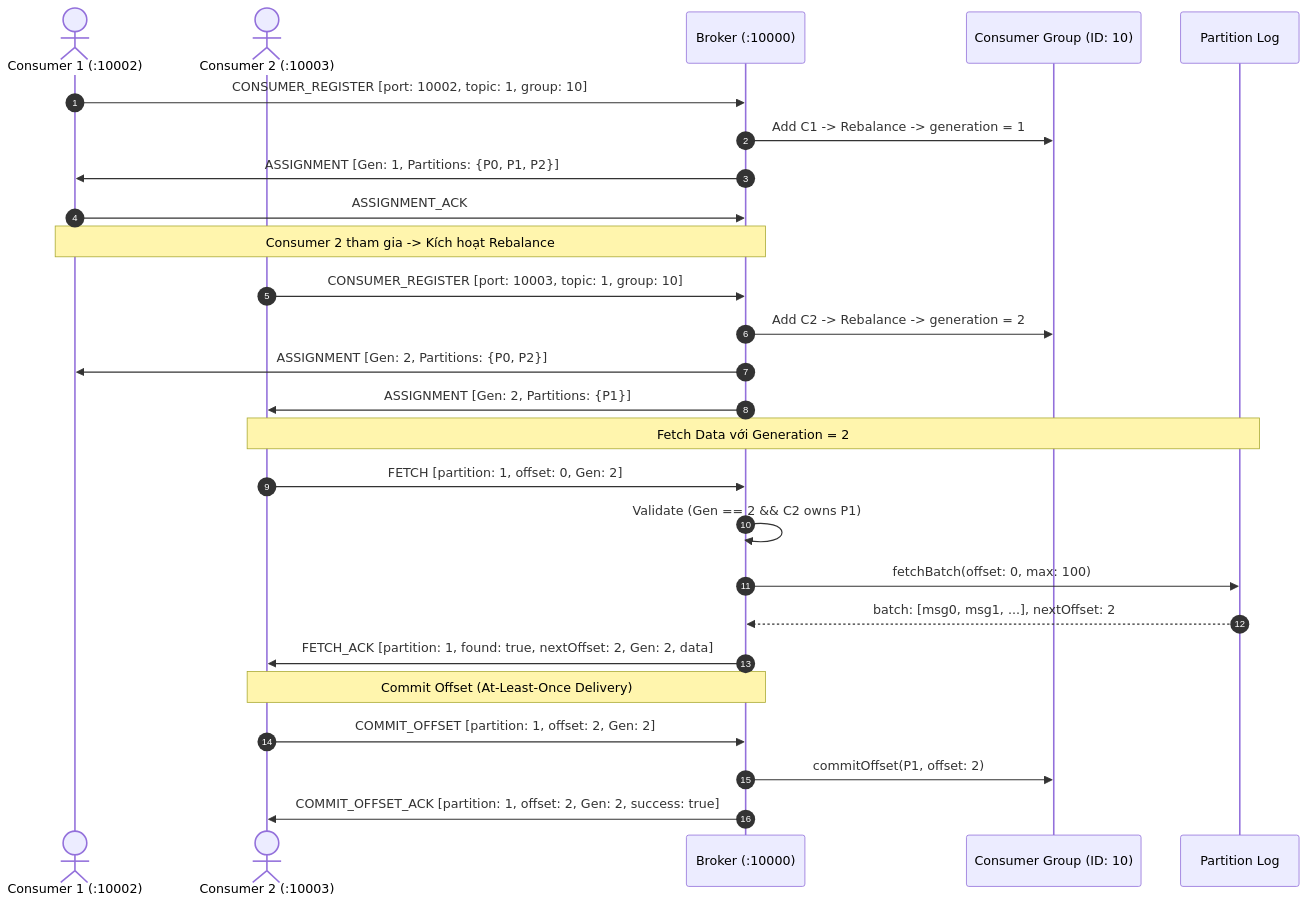
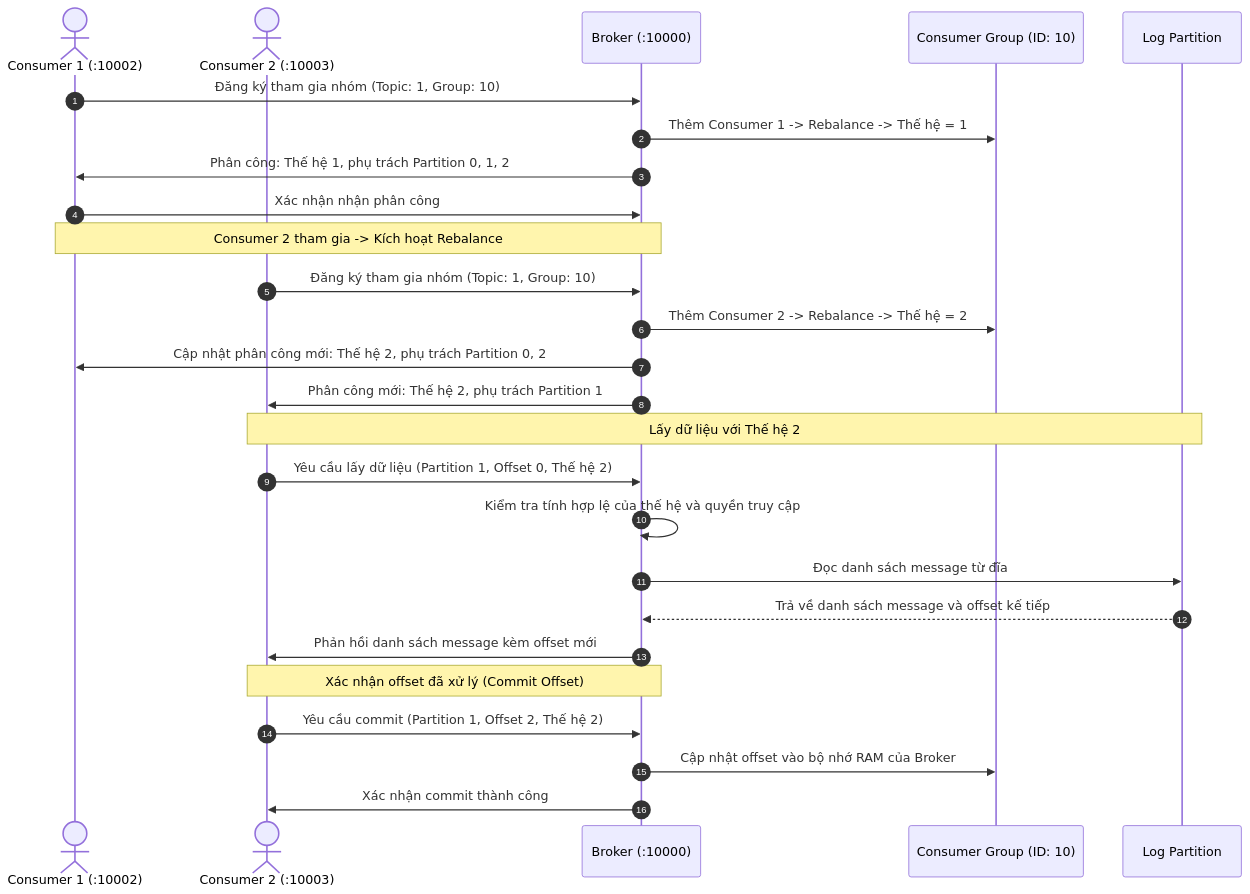
One commit to dykh061/Distributed_message_queue changed the fifth of 6 diagrams in README.md. Above: the diagram before and after it, drawn with Mermaid. The commit also changed other lines of this file, not shown here.

````diff
--- a/README.md
+++ b/README.md
@@ -224,32 +236,32 @@
 ```mermaid
 sequenceDiagram
     autonumber
     actor C1 as Consumer 1 (:10002)
     actor C2 as Consumer 2 (:10003)
     participant B as Broker (:10000)
     participant CG as Consumer Group (ID: 10)
-    participant AOL as Partition Log
+    participant L as Log Partition
 
-    C1->>B: CONSUMER_REGISTER [port: 10002, topic: 1, group: 10]
-    B->>CG: Add C1 -> Rebalance -> generation = 1
-    B->>C1: ASSIGNMENT [Gen: 1, Partitions: {P0, P1, P2}]
-    C1->>B: ASSIGNMENT_ACK
+    C1->>B: Đăng ký tham gia nhóm (Topic: 1, Group: 10)
+    B->>CG: Thêm Consumer 1 -> Rebalance -> Thế hệ = 1
+    B->>C1: Phân công: Thế hệ 1, phụ trách Partition 0, 1, 2
+    C1->>B: Xác nhận nhận phân công
 
     Note over C1, B: Consumer 2 tham gia -> Kích hoạt Rebalance
-    C2->>B: CONSUMER_REGISTER [port: 10003, topic: 1, group: 10]
-    B->>CG: Add C2 -> Rebalance -> generation = 2
-    B->>C1: ASSIGNMENT [Gen: 2, Partitions: {P0, P2}]
-    B->>C2: ASSIGNMENT [Gen: 2, Partitions: {P1}]
+    C2->>B: Đăng ký tham gia nhóm (Topic: 1, Group: 10)
+    B->>CG: Thêm Consumer 2 -> Rebalance -> Thế hệ = 2
+    B->>C1: Cập nhật phân công mới: Thế hệ 2, phụ trách Partition 0, 2
+    B->>C2: Phân công mới: Thế hệ 2, phụ trách Partition 1
 
-    Note over C2, AOL: Fetch Data với Generation = 2
-    C2->>B: FETCH [partition: 1, offset: 0, Gen: 2]
-    B->>B: Validate (Gen == 2 && C2 owns P1)
-    B->>AOL: fetchBatch(offset: 0, max: 100)
-    AOL-->>B: batch: [msg0, msg1, ...], nextOffset: 2
-    B->>C2: FETCH_ACK [partition: 1, found: true, nextOffset: 2, Gen: 2, data]
+    Note over C2, L: Lấy dữ liệu với Thế hệ 2
+    C2->>B: Yêu cầu lấy dữ liệu (Partition 1, Offset 0, Thế hệ 2)
+    B->>B: Kiểm tra tính hợp lệ của thế hệ và quyền truy cập
+    B->>L: Đọc danh sách message từ đĩa
+    L-->>B: Trả về danh sách message và offset kế tiếp
+    B->>C2: Phản hồi danh sách message kèm offset mới
 
-    Note over C2, B: Commit Offset (At-Least-Once Delivery)
-    C2->>B: COMMIT_OFFSET [partition: 1, offset: 2, Gen: 2]
-    B->>CG: commitOffset(P1, offset: 2)
-    B->>C2: COMMIT_OFFSET_ACK [partition: 1, offset: 2, Gen: 2, success: true]
+    Note over C2, B: Xác nhận offset đã xử lý (Commit Offset)
+    C2->>B: Yêu cầu commit (Partition 1, Offset 2, Thế hệ 2)
+    B->>CG: Cập nhật offset vào bộ nhớ RAM của Broker
+    B->>C2: Xác nhận commit thành công
 ```
````
